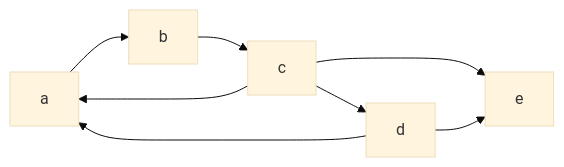
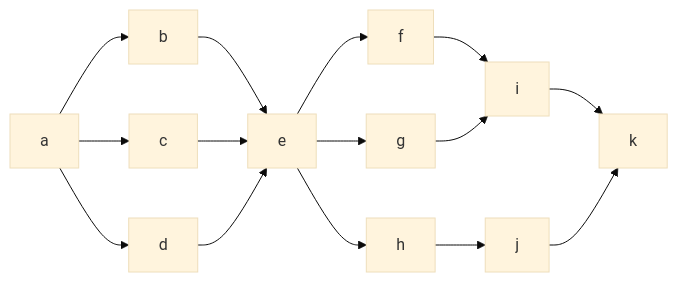
One commit to hotoku/fosi changed the diagram in samples/sample.md. Above: the diagram before and after it, drawn with Mermaid (base theme). The commit also changed 1 other file, not shown here.

````diff
--- a/samples/sample.md
+++ b/samples/sample.md
@@ -9,10 +9,10 @@
 ```mermaid
 graph LR
-a --> b
-b --> c
-c --> a
-c --> d
-d --> a
-c --> e
-d --> e
+a --> b --> e
+a --> c --> e
+a --> d --> e
+e --> f & g & h
+f & g --> i
+h --> j
+i & j --> k
 ```
````
